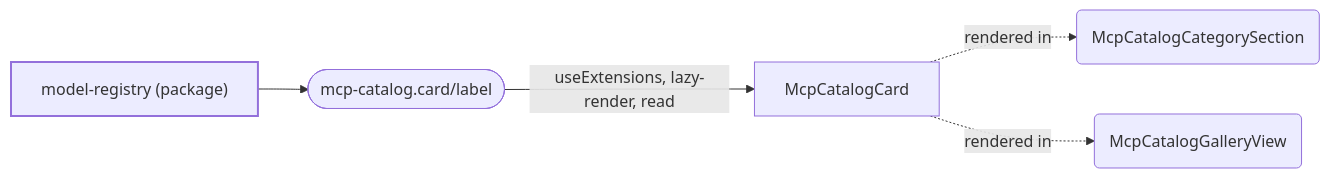
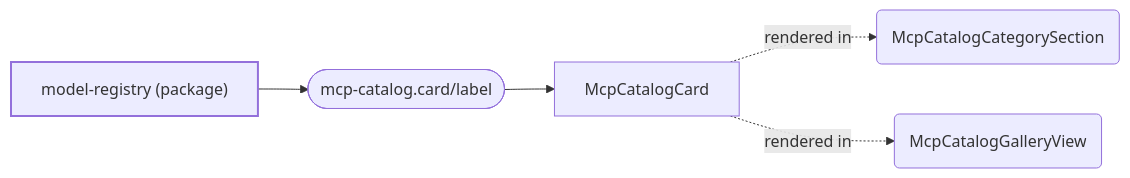
Before and after one commit to mturley/odh-dashboard: the first of 10 diagrams in packages/model-registry/docs/extensions.md, drawn with Mermaid. The commit also changed other lines of this file and 28 other files, not shown here.

````diff
--- a/packages/model-registry/docs/extensions.md
+++ b/packages/model-registry/docs/extensions.md
@@ -33,14 +146,14 @@
 ```mermaid
 flowchart LR
   classDef pkg stroke-width:2px
   classDef point stroke-width:1px
   n_pkg__odh_dashboard_model_registry_1fc815["model-registry (package)"]:::pkg
   n_mcp_catalog_card_label_e5432e(["mcp-catalog.card/label"]):::point
   n_pkg__odh_dashboard_model_registry_1fc815 --> n_mcp_catalog_card_label_e5432e
   n_symbol_packages_model_registry_upstream_frontend_src_app_pages_mcpCatalog_components_McpCatalogCard_tsx_McpCatalogCard_9d5aed["McpCatalogCard"]
-  n_mcp_catalog_card_label_e5432e -- "useExtensions, lazy-render, read" --> n_symbol_packages_model_registry_upstream_frontend_src_app_pages_mcpCatalog_components_McpCatalogCard_tsx_McpCatalogCard_9d5aed
+  n_mcp_catalog_card_label_e5432e --> n_symbol_packages_model_registry_upstream_frontend_src_app_pages_mcpCatalog_components_McpCatalogCard_tsx_McpCatalogCard_9d5aed
   n_symbol_packages_model_registry_upstream_frontend_src_app_pages_mcpCatalog_screens_McpCatalogCategorySection_tsx_McpCatalogCategorySection_83e312("McpCatalogCategorySection")
   n_symbol_packages_model_registry_upstream_frontend_src_app_pages_mcpCatalog_screens_McpCatalogGalleryView_tsx_McpCatalogGalleryView_505e82("McpCatalogGalleryView")
   n_symbol_packages_model_registry_upstream_frontend_src_app_pages_mcpCatalog_components_McpCatalogCard_tsx_McpCatalogCard_9d5aed -. "rendered in" .-> n_symbol_packages_model_registry_upstream_frontend_src_app_pages_mcpCatalog_screens_McpCatalogCategorySection_tsx_McpCatalogCategorySection_83e312
   n_symbol_packages_model_registry_upstream_frontend_src_app_pages_mcpCatalog_components_McpCatalogCard_tsx_McpCatalogCard_9d5aed -. "rendered in" .-> n_symbol_packages_model_registry_upstream_frontend_src_app_pages_mcpCatalog_screens_McpCatalogGalleryView_tsx_McpCatalogGalleryView_505e82
 ```
````
